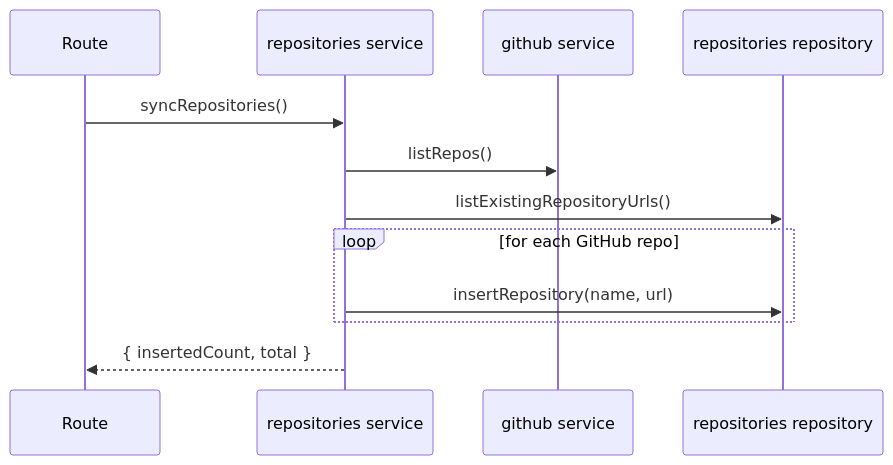
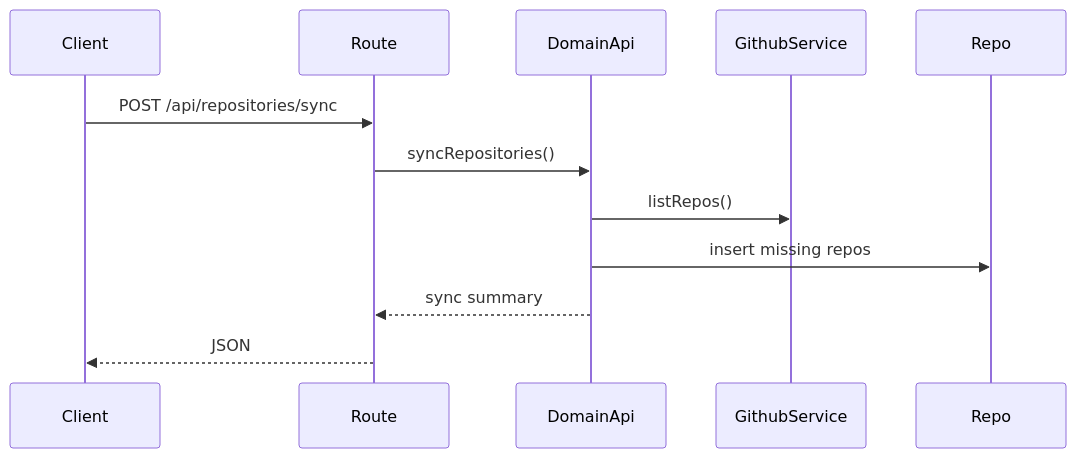
One commit to TurtleStoffel/tektite-console changed the second of 2 diagrams in src/backend/domains/repositories/README.md. Above: the diagram before and after it, drawn with Mermaid. The commit also changed other lines of this file and 30 other files, not shown here.

Commit message:
split domainApi from service

````diff
--- a/src/backend/domains/repositories/README.md
+++ b/src/backend/domains/repositories/README.md
@@ -24,14 +26,14 @@
 ```mermaid
 sequenceDiagram
+    participant Client
     participant Route
-    participant Service as repositories service
-    participant Github as github service
-    participant Repo as repositories repository
-    Route->>Service: syncRepositories()
-    Service->>Github: listRepos()
-    Service->>Repo: listExistingRepositoryUrls()
-    loop for each GitHub repo
-        Service->>Repo: insertRepository(name, url)
-    end
-    Service-->>Route: { insertedCount, total }
+    participant DomainApi
+    participant GithubService
+    participant Repo
+    Client->>Route: POST /api/repositories/sync
+    Route->>DomainApi: syncRepositories()
+    DomainApi->>GithubService: listRepos()
+    DomainApi->>Repo: insert missing repos
+    DomainApi-->>Route: sync summary
+    Route-->>Client: JSON
 ```
````
